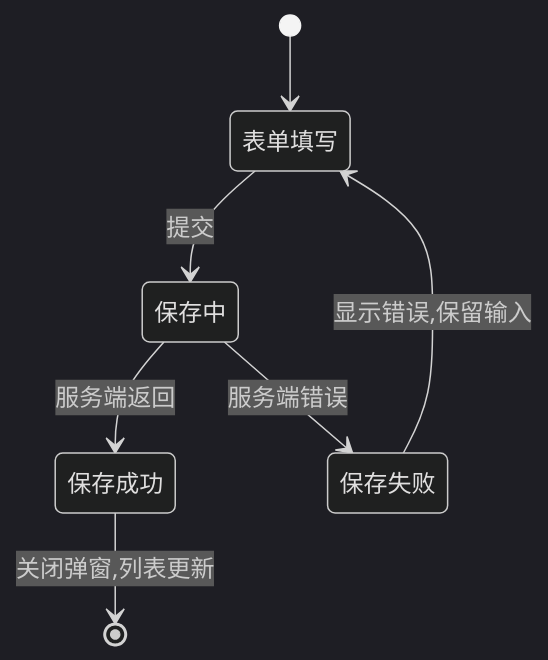
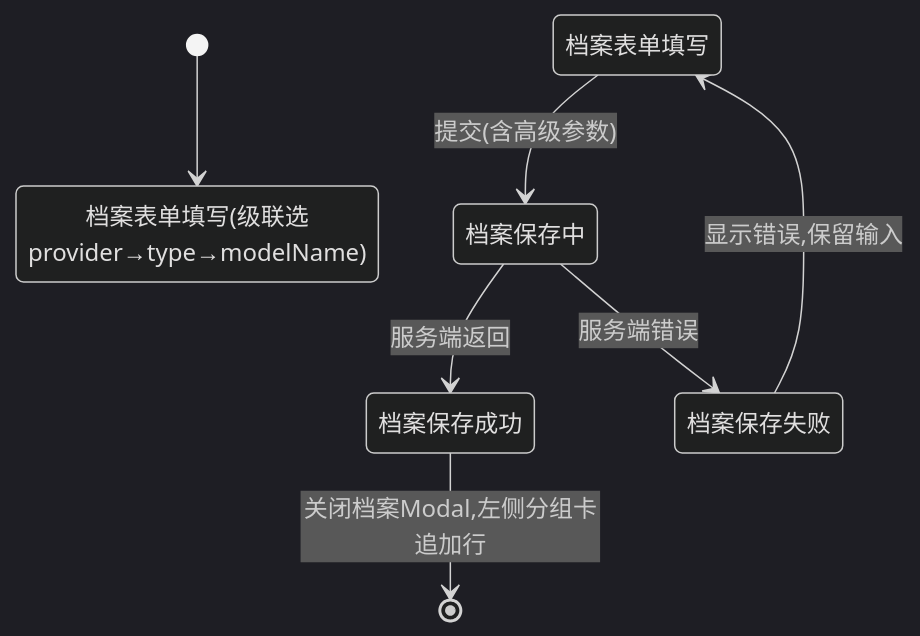
Before and after one commit to nauyiq/fons4ai-rag2okf: the seventh of 7 diagrams in spec/features/20260807/前端交互体系重设计-技术设计说明书.md, drawn with Mermaid (dark theme). The commit also changed other lines of this file and 86 other files, not shown here.

````diff
--- a/spec/features/20260807/前端交互体系重设计-技术设计说明书.md
+++ b/spec/features/20260807/前端交互体系重设计-技术设计说明书.md
@@ -854,9 +1088,9 @@
 ```mermaid
 stateDiagram-v2
-  [*] --> 表单填写
-  表单填写 --> 保存中: 提交
-  保存中 --> 保存成功: 服务端返回
-  保存中 --> 保存失败: 服务端错误
-  保存成功 --> [*]: 关闭弹窗,列表更新
-  保存失败 --> 表单填写: 显示错误,保留输入
+  [*] --> 档案表单填写(级联选provider→type→modelName)
+  档案表单填写 --> 档案保存中: 提交(含高级参数)
+  档案保存中 --> 档案保存成功: 服务端返回
+  档案保存中 --> 档案保存失败: 服务端错误
+  档案保存成功 --> [*]: 关闭档案Modal,左侧分组卡追加行
+  档案保存失败 --> 档案表单填写: 显示错误,保留输入
 ```
````
